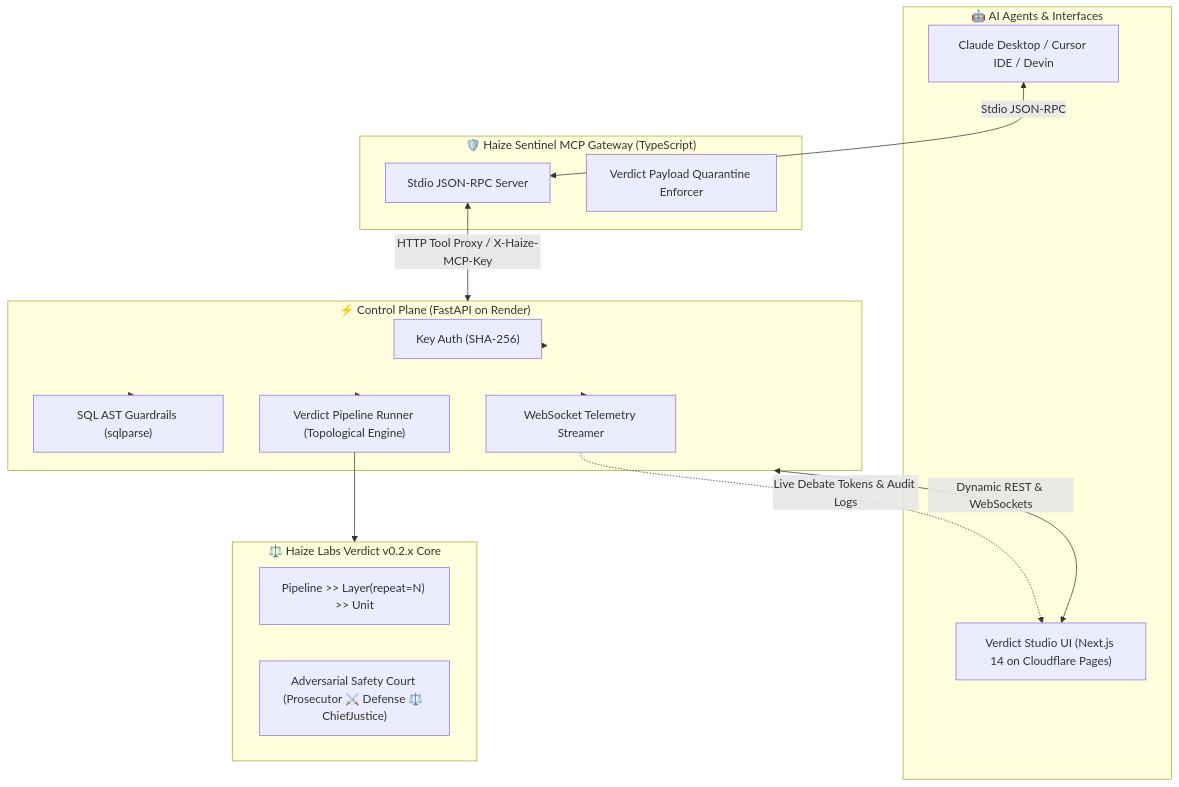
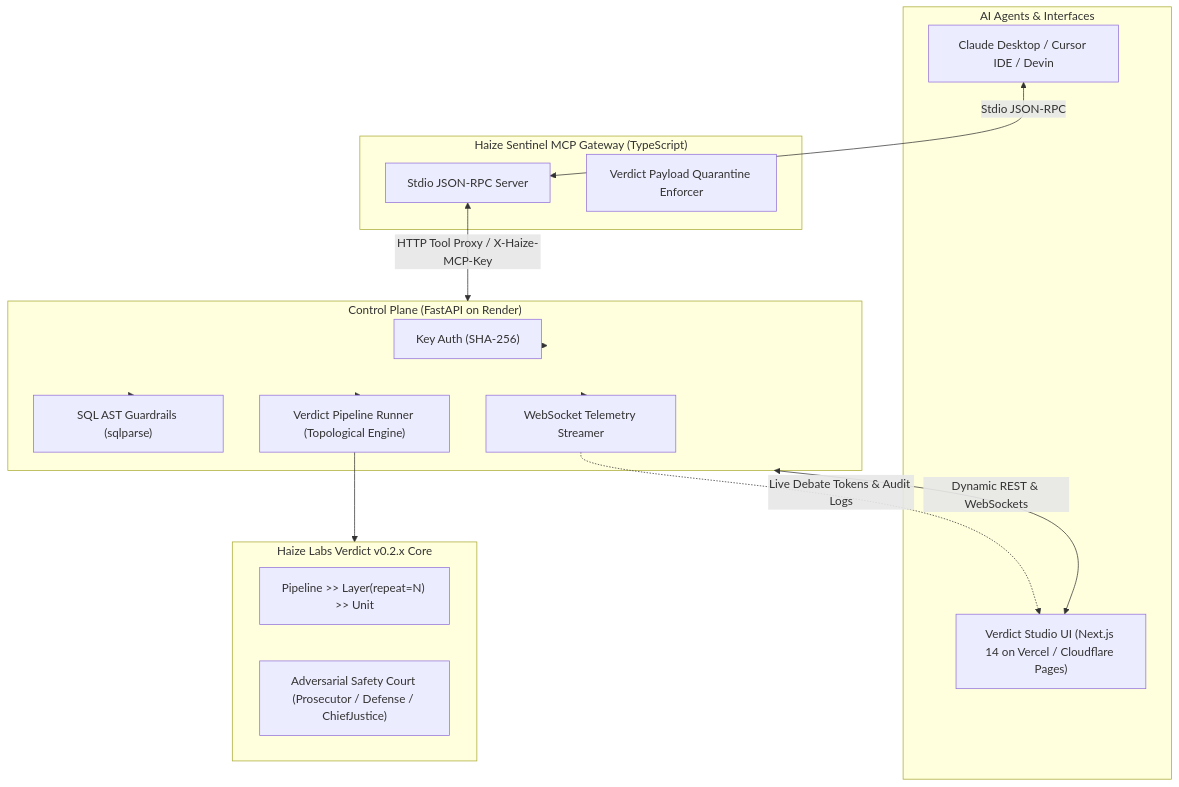
The diagram in README.md (sohampawar1866/verdict-studio), drawn with Mermaid before and after one commit. The commit also changed other lines of this file and 7 other files, not shown here.

Commit message:
docs: remove all emojis and align environment variable specifications for Vercel and Render

````diff
--- a/README.md
+++ b/README.md
@@ -43,34 +43,34 @@
 ```mermaid
 flowchart TD
-    subgraph Clients["🤖 AI Agents & Interfaces"]
+    subgraph Clients["AI Agents & Interfaces"]
         Claude["Claude Desktop / Cursor IDE / Devin"]
-        Browser["Verdict Studio UI (Next.js 14 on Cloudflare Pages)"]
+        Browser["Verdict Studio UI (Next.js 14 on Vercel / Cloudflare Pages)"]
     end
 
-    subgraph Gateway["🛡️ Haize Sentinel MCP Gateway (TypeScript)"]
+    subgraph Gateway["Haize Sentinel MCP Gateway (TypeScript)"]
         Stdio["Stdio JSON-RPC Server"]
         Enforcer["Verdict Payload Quarantine Enforcer"]
     end
 
-    subgraph Backend["⚡ Control Plane (FastAPI on Render)"]
+    subgraph Backend["Control Plane (FastAPI on Render)"]
         Auth["Key Auth (SHA-256)"]
         AST["SQL AST Guardrails (sqlparse)"]
         Runner["Verdict Pipeline Runner (Topological Engine)"]
         WSHub["WebSocket Telemetry Streamer"]
     end
 
-    subgraph VerdictCore["⚖️ Haize Labs Verdict v0.2.x Core"]
+    subgraph VerdictCore["Haize Labs Verdict v0.2.x Core"]
         Pipeline["Pipeline >> Layer(repeat=N) >> Unit"]
-        Court["Adversarial Safety Court (Prosecutor ⚔️ Defense ⚖️ ChiefJustice)"]
+        Court["Adversarial Safety Court (Prosecutor / Defense / ChiefJustice)"]
     end
 
     Claude <-->|Stdio JSON-RPC| Stdio
     Stdio <-->|HTTP Tool Proxy / X-Haize-MCP-Key| Backend
     Browser <-->|Dynamic REST & WebSockets| Backend
     Backend --> Auth
     Backend --> AST
     Backend --> Runner
     Runner --> VerdictCore
     Backend --> WSHub
     WSHub -.->|Live Debate Tokens & Audit Logs| Browser
 ```
````
